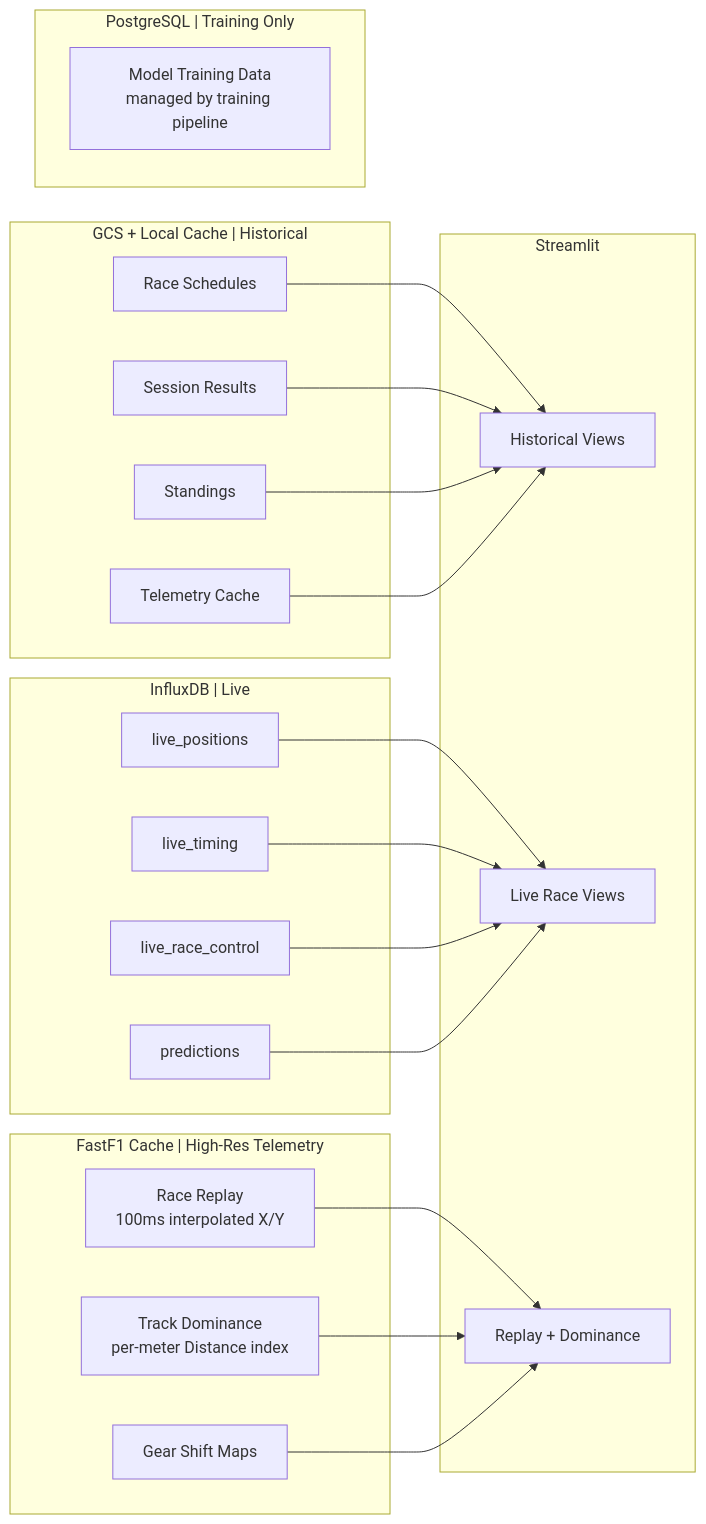
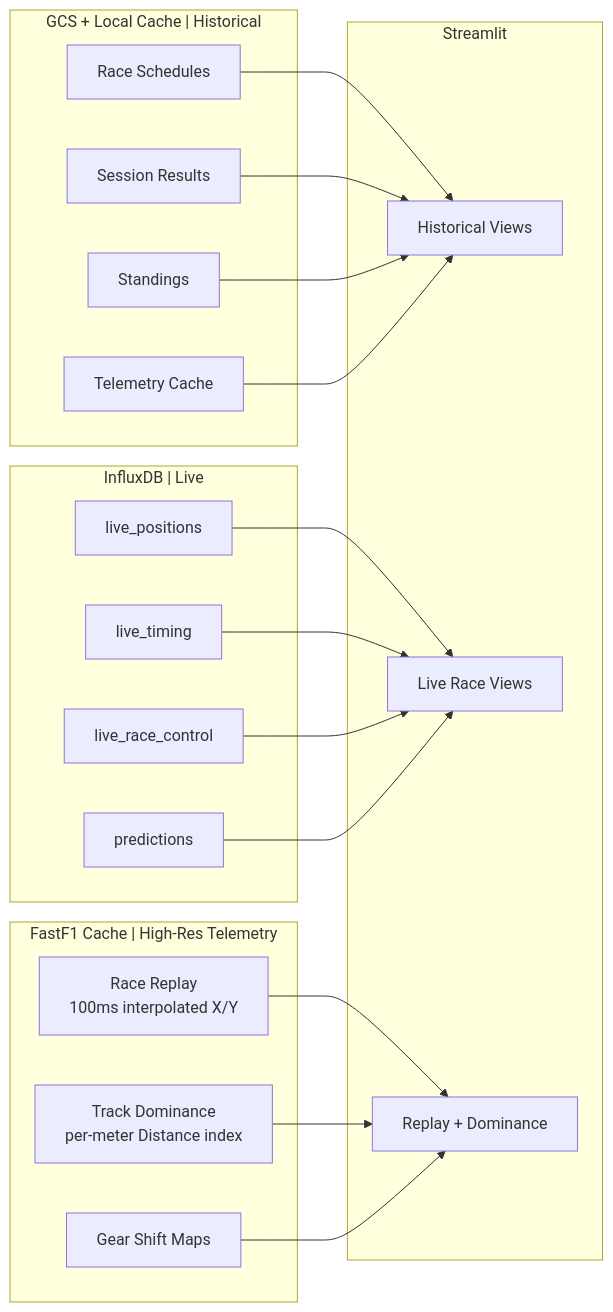
One commit to nmk-k66-uet/F1-Chubby-Data changed the fourth of 11 diagrams in revised_plan.md. Above: the diagram before and after it, drawn with Mermaid. The commit also changed other lines of this file, not shown here.

````diff
--- a/revised_plan.md
+++ b/revised_plan.md
@@ -125,36 +116,32 @@
 ```mermaid
 flowchart LR
     subgraph GCS_CACHE ["GCS + Local Cache | Historical"]
         SCHED[Race Schedules]
         RESULTS[Session Results]
         STANDS[Standings]
         TEL_CACHE[Telemetry Cache]
     end
 
     subgraph IDB ["InfluxDB | Live"]
         LP[live_positions]
         LTM[live_timing]
         LRC[live_race_control]
         PRED[predictions]
     end
 
     subgraph FF1 ["FastF1 Cache | High-Res Telemetry"]
         REPLAY[Race Replay<br/>100ms interpolated X/Y]
         DOM[Track Dominance<br/>per-meter Distance index]
         GEAR[Gear Shift Maps]
     end
 
-    subgraph PG ["PostgreSQL | Training Only"]
-        PG_DATA[Model Training Data<br/>managed by training pipeline]
-    end
-
     subgraph ST ["Streamlit"]
         HIST[Historical Views]
         LIVE[Live Race Views]
         HIRES[Replay + Dominance]
     end
 
     SCHED & RESULTS & STANDS & TEL_CACHE --> HIST
     LP & LTM & LRC & PRED --> LIVE
     REPLAY & DOM & GEAR --> HIRES
 ```
````
